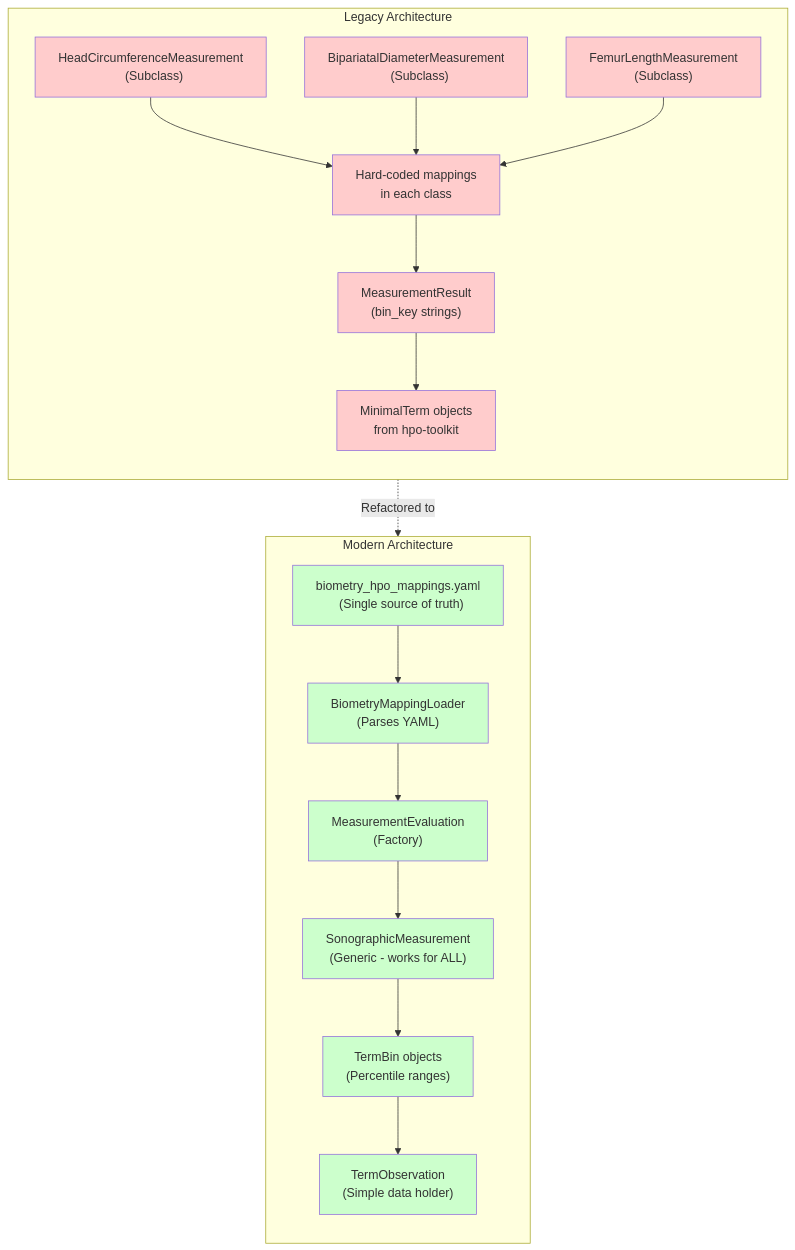
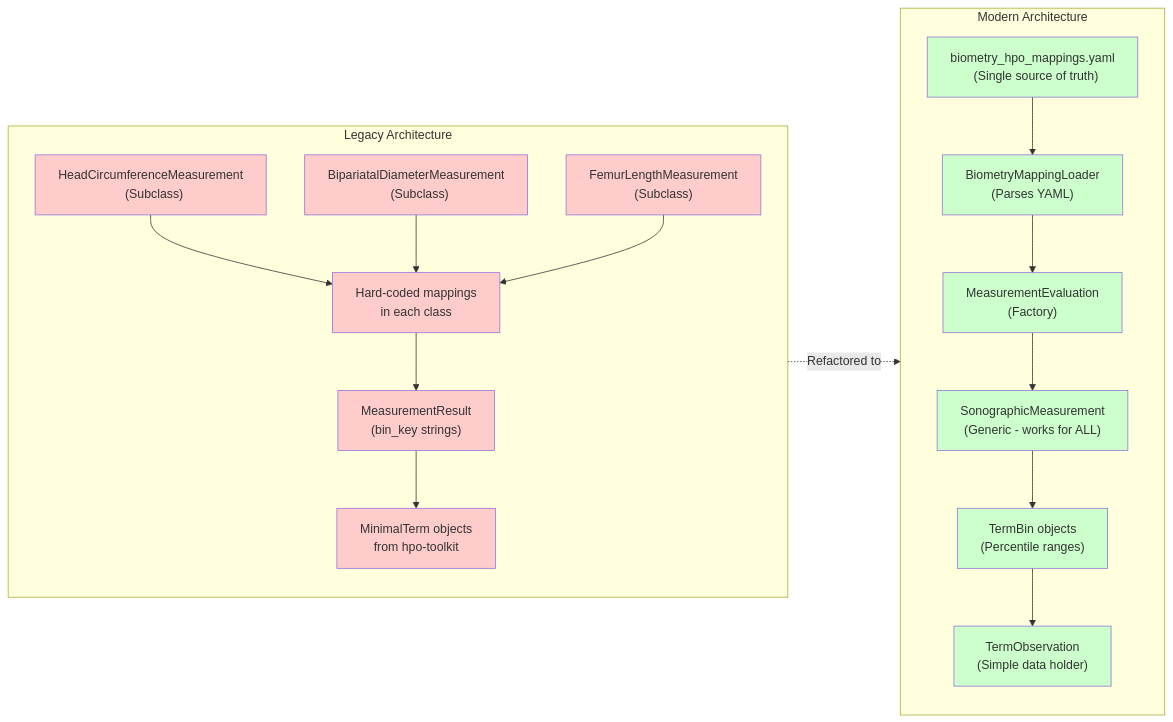
One commit to P2GX/prenatalppkt changed diagram 12 of 14 in README.md. Above: the diagram before and after it, drawn with Mermaid. The commit also changed other lines of this file, not shown here.

````diff
--- a/README.md
+++ b/README.md
@@ -1993,62 +1959,62 @@
 ```mermaid
-flowchart TD
+flowchart LR
 subgraph Legacy["Legacy Architecture"]
   direction TB
   L1["HeadCircumferenceMeasurement
   (Subclass)"]
   L2["BipariatalDiameterMeasurement
   (Subclass)"]
   L3["FemurLengthMeasurement
   (Subclass)"]
   L4["Hard-coded mappings
   in each class"]
   L5["MeasurementResult
   (bin_key strings)"]
   L6["MinimalTerm objects
   from hpo-toolkit"]
  
   L1 --> L4
   L2 --> L4
   L3 --> L4
   L4 --> L5
   L5 --> L6
  
   style L1 fill:#ffcccc
   style L2 fill:#ffcccc
   style L3 fill:#ffcccc
   style L4 fill:#ffcccc
   style L5 fill:#ffcccc
   style L6 fill:#ffcccc
 end
 
 subgraph Modern["Modern Architecture"]
   direction TB
   M1["biometry_hpo_mappings.yaml
   (Single source of truth)"]
   M2["BiometryMappingLoader
   (Parses YAML)"]
   M3["MeasurementEvaluation
   (Factory)"]
   M4["SonographicMeasurement
   (Generic - works for ALL)"]
   M5["TermBin objects
   (Percentile ranges)"]
   M6["TermObservation
   (Simple data holder)"]
  
   M1 --> M2
   M2 --> M3
   M3 --> M4
   M4 --> M5
   M5 --> M6
  
   style M1 fill:#ccffcc
   style M2 fill:#ccffcc
   style M3 fill:#ccffcc
   style M4 fill:#ccffcc
   style M5 fill:#ccffcc
   style M6 fill:#ccffcc
 end
 
 Legacy -.->|Refactored to| Modern
 ```
````
